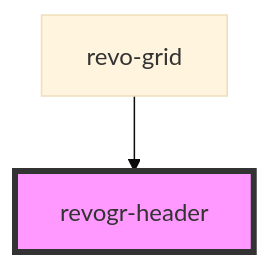
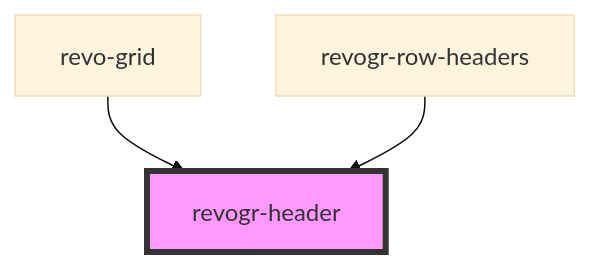
Before and after one commit to revolist/revogrid: the diagram in src/components/header/readme.md, drawn with Mermaid (base theme). The commit also changed other lines of this file and 35 other files, not shown here.

````diff
--- a/src/components/header/readme.md
+++ b/src/components/header/readme.md
@@ -37,5 +38,6 @@
 ```mermaid
 graph TD;
   revo-grid --> revogr-header
+  revogr-row-headers --> revogr-header
   style revogr-header fill:#f9f,stroke:#333,stroke-width:4px
 ```
````
